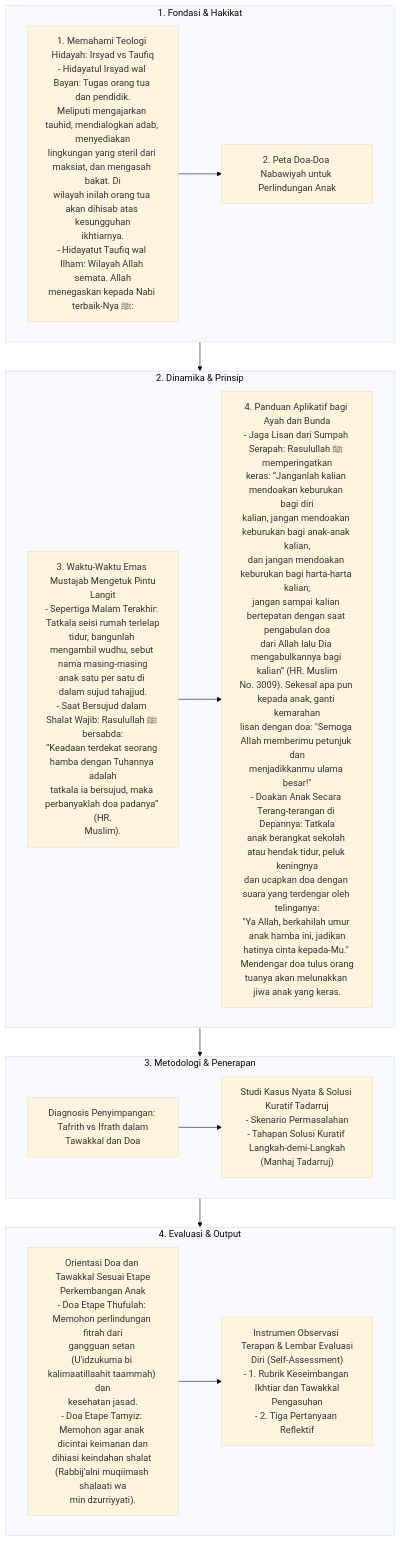
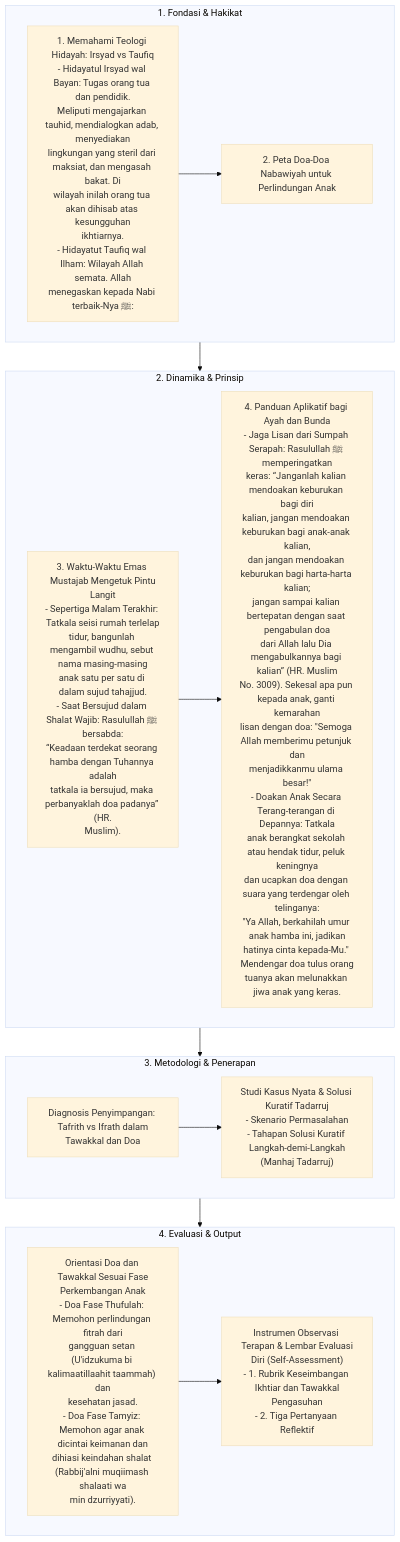
One commit to decaller/wiki-pkn changed the diagram in content_flow/Dokumen Pendidikan Karakter Nabawiyah/Paradigma & Implementasi/Implementasi/Internal & Eksternal/Tawakkal dan Doa.md. Above: the diagram before and after it, drawn with Mermaid (base theme). The commit also changed 410 other files, not shown here.

Commit message:
feat: create master Glosarium and purify terminology across repo (etape -> fase, archetype -> uswah)

````diff
--- a/content_flow/Dokumen Pendidikan Karakter Nabawiyah/Paradigma & Implementasi/Implementasi/Internal & Eksternal/Tawakkal dan Doa.md
+++ b/content_flow/Dokumen Pendidikan Karakter Nabawiyah/Paradigma & Implementasi/Implementasi/Internal & Eksternal/Tawakkal dan Doa.md
@@ -10,30 +10,30 @@
 ```mermaid
 flowchart TD
     subgraph S1["1. Fondasi & Hakikat"]
         N1_1["1. Memahami Teologi Hidayah: Irsyad vs Taufiq<br/>- Hidayatul Irsyad wal Bayan: Tugas orang tua dan pendidik.<br/>Meliputi mengajarkan tauhid, mendialogkan adab, menyediakan<br/>lingkungan yang steril dari maksiat, dan mengasah bakat. Di<br/>wilayah inilah orang tua akan dihisab atas kesungguhan<br/>ikhtiarnya.<br/>- Hidayatut Taufiq wal Ilham: Wilayah Allah semata. Allah<br/>menegaskan kepada Nabi terbaik-Nya ﷺ:"]
         N1_2["2. Peta Doa-Doa Nabawiyah untuk Perlindungan Anak"]
         N1_1 --> N1_2
     end
 
     subgraph S2["2. Dinamika & Prinsip"]
         N2_1["3. Waktu-Waktu Emas Mustajab Mengetuk Pintu<br/>Langit<br/>- Sepertiga Malam Terakhir: Tatkala seisi rumah terlelap<br/>tidur, bangunlah mengambil wudhu, sebut nama masing-masing<br/>anak satu per satu di dalam sujud tahajjud.<br/>- Saat Bersujud dalam Shalat Wajib: Rasulullah ﷺ bersabda:<br/>“Keadaan terdekat seorang hamba dengan Tuhannya adalah<br/>tatkala ia bersujud, maka perbanyaklah doa padanya” (HR.<br/>Muslim)."]
         N2_2["4. Panduan Aplikatif bagi Ayah dan Bunda<br/>- Jaga Lisan dari Sumpah Serapah: Rasulullah ﷺ memperingatkan<br/>keras: “Janganlah kalian mendoakan keburukan bagi diri<br/>kalian, jangan mendoakan keburukan bagi anak-anak kalian,<br/>dan jangan mendoakan keburukan bagi harta-harta kalian;<br/>jangan sampai kalian bertepatan dengan saat pengabulan doa<br/>dari Allah lalu Dia mengabulkannya bagi kalian” (HR. Muslim<br/>No. 3009). Sekesal apa pun kepada anak, ganti kemarahan<br/>lisan dengan doa: &quot;Semoga Allah memberimu petunjuk dan<br/>menjadikkanmu ulama besar!&quot;<br/>- Doakan Anak Secara Terang-terangan di Depannya: Tatkala<br/>anak berangkat sekolah atau hendak tidur, peluk keningnya<br/>dan ucapkan doa dengan suara yang terdengar oleh telinganya:<br/>&quot;Ya Allah, berkahilah umur anak hamba ini, jadikan<br/>hatinya cinta kepada-Mu.&quot; Mendengar doa tulus orang<br/>tuanya akan melunakkan jiwa anak yang keras."]
         N2_1 --> N2_2
     end
 
     subgraph S3["3. Metodologi & Penerapan"]
         N3_1["Diagnosis Penyimpangan: Tafrith vs Ifrath dalam<br/>Tawakkal dan Doa"]
         N3_2["Studi Kasus Nyata & Solusi Kuratif Tadarruj<br/>- Skenario Permasalahan<br/>- Tahapan Solusi Kuratif Langkah-demi-Langkah<br/>(Manhaj Tadarruj)"]
         N3_1 --> N3_2
     end
 
     subgraph S4["4. Evaluasi & Output"]
-        N4_1["Orientasi Doa dan Tawakkal Sesuai Etape<br/>Perkembangan Anak<br/>- Doa Etape Thufulah: Memohon perlindungan fitrah dari<br/>gangguan setan (U'idzukuma bi kalimaatillaahit taammah) dan<br/>kesehatan jasad.<br/>- Doa Etape Tamyiz: Memohon agar anak dicintai keimanan dan<br/>dihiasi keindahan shalat (Rabbij'alni muqiimash shalaati wa<br/>min dzurriyyati)."]
+        N4_1["Orientasi Doa dan Tawakkal Sesuai Fase<br/>Perkembangan Anak<br/>- Doa Fase Thufulah: Memohon perlindungan fitrah dari<br/>gangguan setan (U'idzukuma bi kalimaatillaahit taammah) dan<br/>kesehatan jasad.<br/>- Doa Fase Tamyiz: Memohon agar anak dicintai keimanan dan<br/>dihiasi keindahan shalat (Rabbij'alni muqiimash shalaati wa<br/>min dzurriyyati)."]
         N4_2["Instrumen Observasi Terapan & Lembar Evaluasi<br/>Diri (Self-Assessment)<br/>- 1. Rubrik Keseimbangan Ikhtiar dan Tawakkal<br/>Pengasuhan<br/>- 2. Tiga Pertanyaan Reflektif"]
         N4_1 --> N4_2
     end
 
     S1 --> S2
     S2 --> S3
     S3 --> S4
 ```
````
